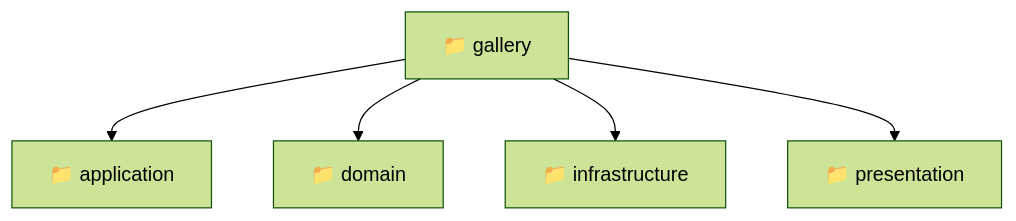
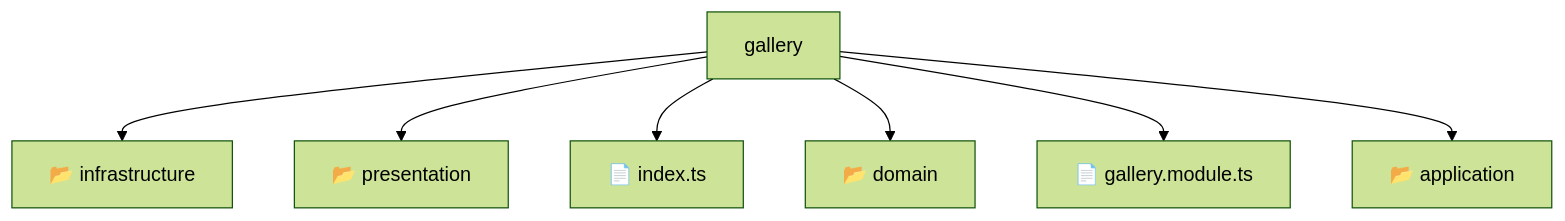
Before and after one commit to beginwebdev2002/fullstack-mavluda: the diagram in backend/src/modules/gallery/README.md, drawn with Mermaid (forest theme). The commit also changed other lines of this file and 155 other files, not shown here.

````diff
--- a/backend/src/modules/gallery/README.md
+++ b/backend/src/modules/gallery/README.md
@@ -10,8 +14,10 @@
 ```mermaid
 graph TD
-  Root["📁 gallery"]
-  Root --> application["📁 application"]
-  Root --> domain["📁 domain"]
-  Root --> infrastructure["📁 infrastructure"]
-  Root --> presentation["📁 presentation"]
+    Root[gallery]
+    Root --> F0[📂 infrastructure]
+    Root --> F1[📂 presentation]
+    Root --> F2[📄 index.ts]
+    Root --> F3[📂 domain]
+    Root --> F4[📄 gallery.module.ts]
+    Root --> F5[📂 application]
 ```
````
